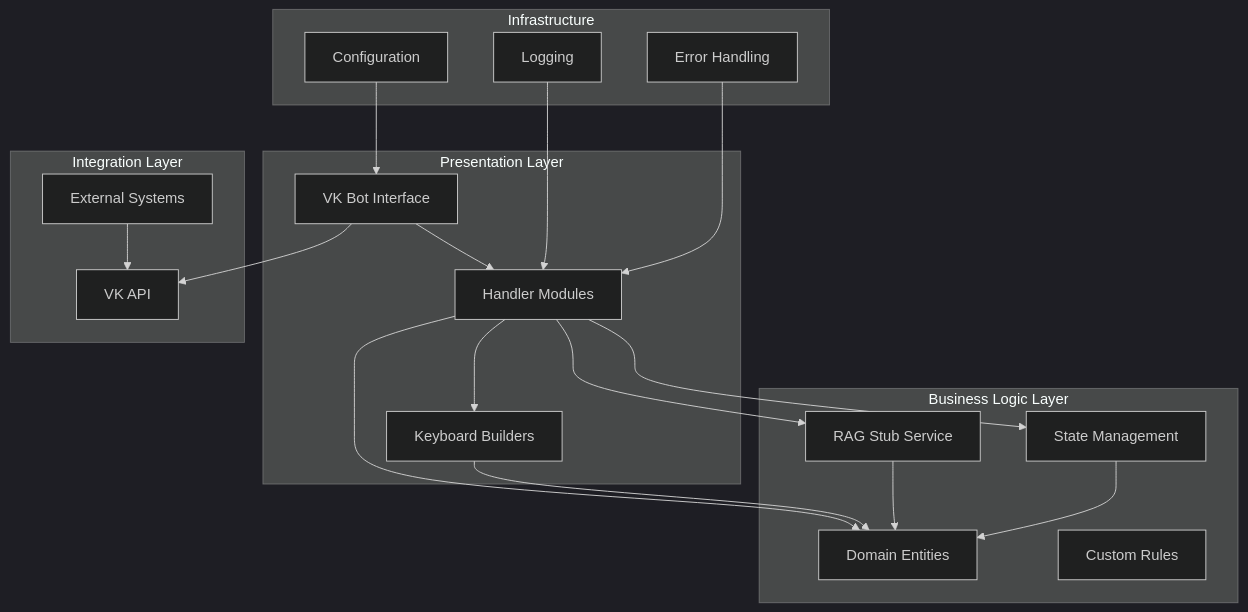
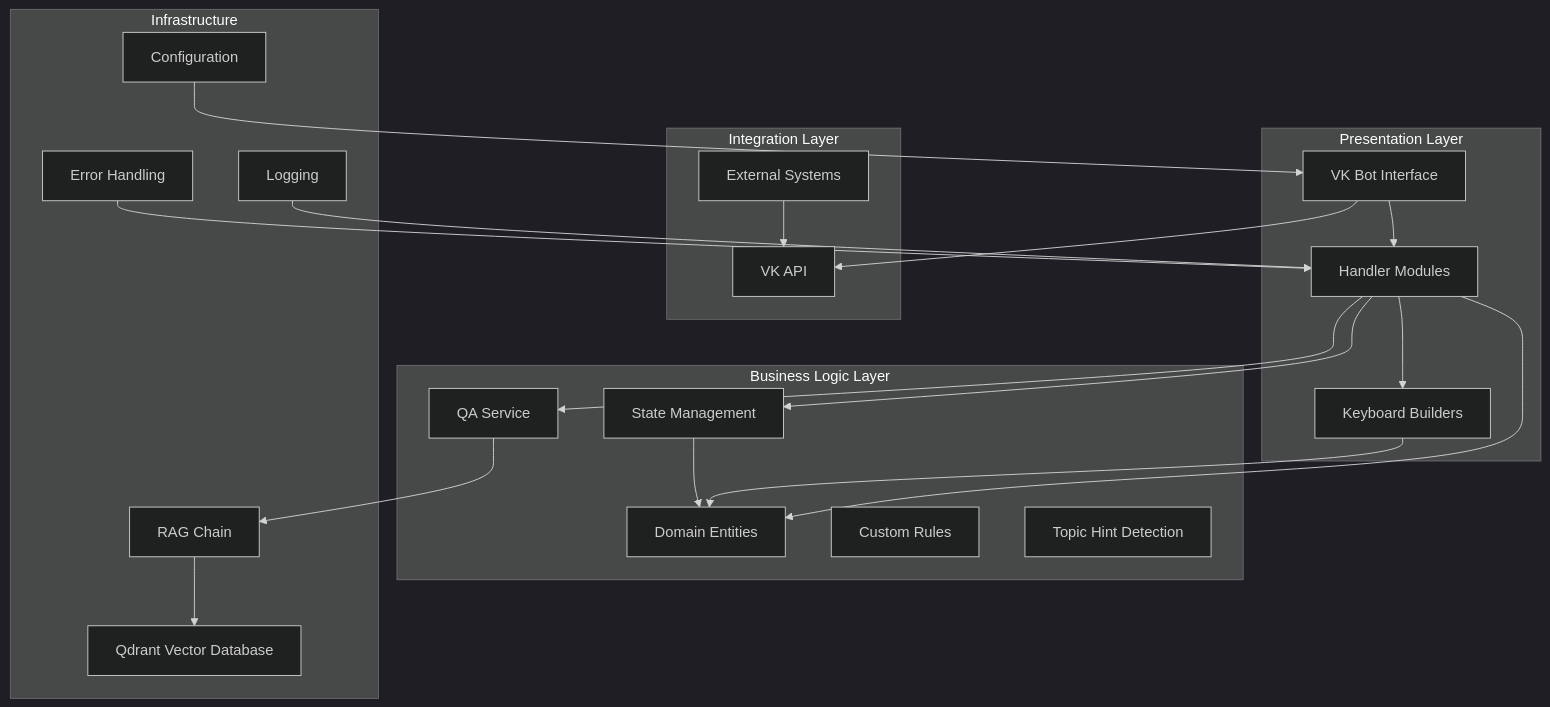
One commit to ognelis/cafetera_hr_bot changed the first of 12 diagrams in .qoder/repowiki/en/content/VK Integration/HR Request Processing System.md. Above: the diagram before and after it, drawn with Mermaid (dark theme). The commit also changed other lines of this file and 8 other files, not shown here.

````diff
--- a/.qoder/repowiki/en/content/VK Integration/HR Request Processing System.md
+++ b/.qoder/repowiki/en/content/VK Integration/HR Request Processing System.md
@@ -61,36 +64,40 @@
 ```mermaid
 graph TB
 subgraph "Presentation Layer"
 VKBot[VK Bot Interface]
 Keyboards[Keyboard Builders]
 Handlers[Handler Modules]
 end
 subgraph "Business Logic Layer"
 Domain[Domain Entities]
-Content[RAG Stub Service]
+QAService[QA Service]
 States[State Management]
 Rules[Custom Rules]
+TopicHints[Topic Hint Detection]
 end
 subgraph "Integration Layer"
 VKAPI[VK API]
 ExternalServices[External Systems]
 end
 subgraph "Infrastructure"
 Config[Configuration]
 Logger[Logging]
 ErrorHandling[Error Handling]
+RAGChain[RAG Chain]
+QdrantDB[Qdrant Vector Database]
 end
 VKBot --> Handlers
 Handlers --> Keyboards
 Handlers --> Domain
-Handlers --> Content
+Handlers --> QAService
 Handlers --> States
 Keyboards --> Domain
-Content --> Domain
+QAService --> RAGChain
+RAGChain --> QdrantDB
 States --> Domain
 VKBot --> VKAPI
 ExternalServices --> VKAPI
 Config --> VKBot
 Logger --> Handlers
 ErrorHandling --> Handlers
 ```
````
